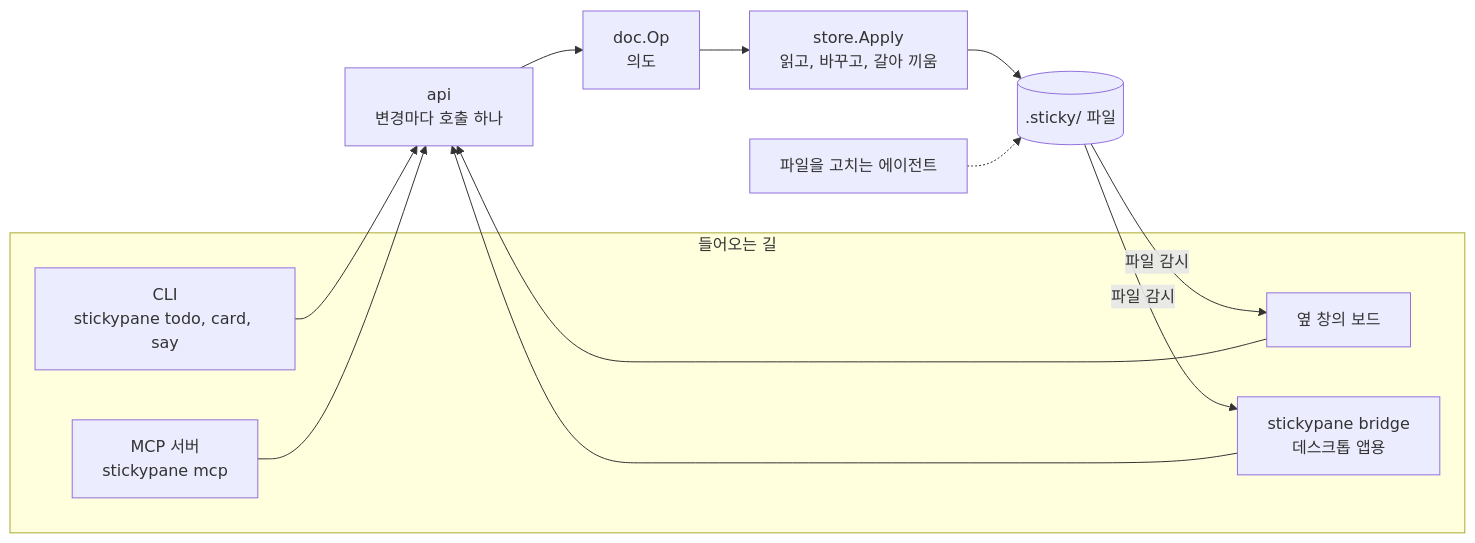
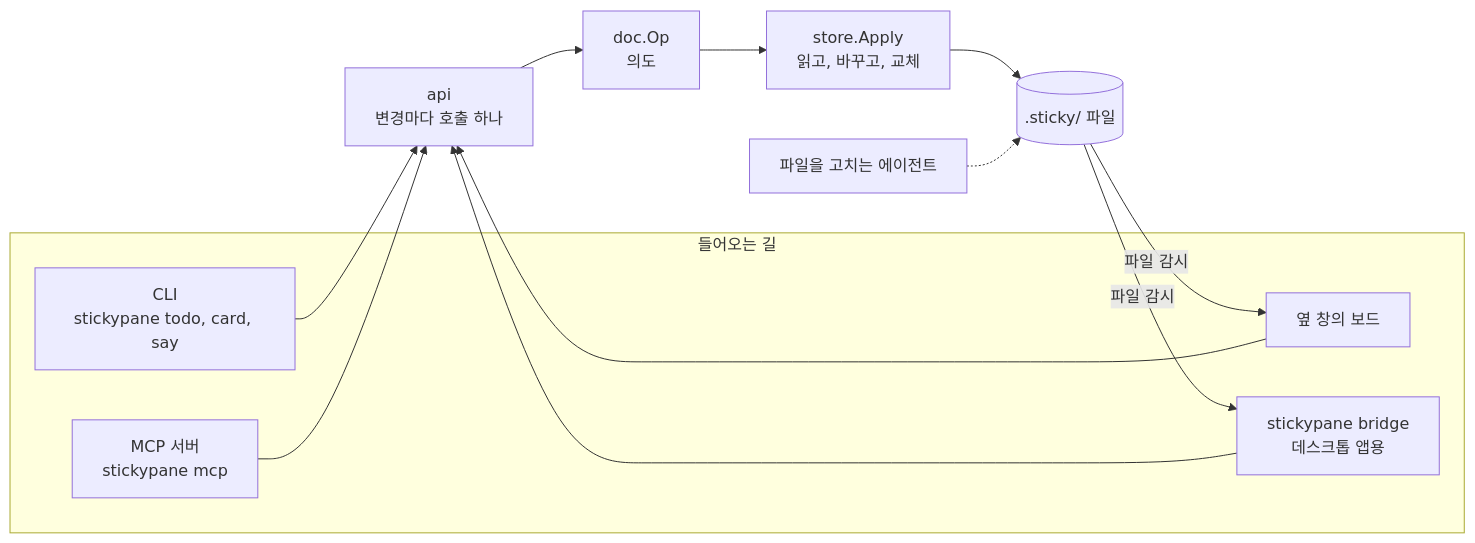
The third of 6 diagrams in README.ko.md (LeeSwallow/stickypane), drawn with Mermaid before and after one commit. The commit also changed other lines of this file and 1 other file, not shown here.

````diff
--- a/README.ko.md
+++ b/README.ko.md
@@ -199,19 +200,19 @@
 ```mermaid
 flowchart LR
     subgraph ways["들어오는 길"]
         cli["CLI<br/>stickypane todo, card, say"]
         mcp["MCP 서버<br/>stickypane mcp"]
         tui["옆 창의 보드"]
         bridge["stickypane bridge<br/>데스크톱 앱용"]
     end
     cli --> api["api<br/>변경마다 호출 하나"]
     mcp --> api
     tui --> api
     bridge --> api
     api --> op["doc.Op<br/>의도"]
-    op --> apply["store.Apply<br/>읽고, 바꾸고, 갈아 끼움"]
+    op --> apply["store.Apply<br/>읽고, 바꾸고, 교체"]
     apply --> files[(".sticky/ 파일")]
     agent["파일을 고치는 에이전트"] -.-> files
     files -->|"파일 감시"| tui
     files -->|"파일 감시"| bridge
 ```
````
